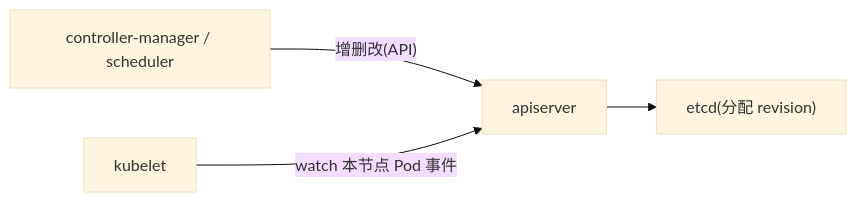
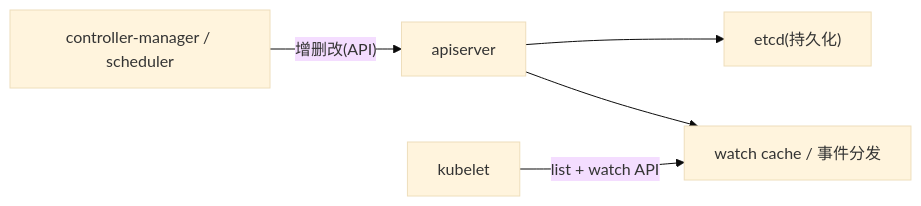
One commit to MoreConsequence/MoreConsequence.github.io changed the second of 3 diagrams in content/posts/k8s-controller-watch-etcd.md. Above: the diagram before and after it, drawn with Mermaid (base theme). The commit also changed other lines of this file and 263 other files, not shown here.

````diff
--- a/content/posts/k8s-controller-watch-etcd.md
+++ b/content/posts/k8s-controller-watch-etcd.md
@@ -31,6 +32,7 @@
 ```mermaid
 flowchart LR
     S["controller-manager / scheduler"] -->|"增删改(API)"| A2["apiserver"]
-    A2 --> E2["etcd(分配 revision)"]
-    K2["kubelet"] -->|"watch 本节点 Pod 事件"| A2
+    A2 --> E2["etcd(持久化)"]
+    A2 --> W2["watch cache / 事件分发"]
+    K2["kubelet"] -->|"list + watch API"| W2
 ```
````
